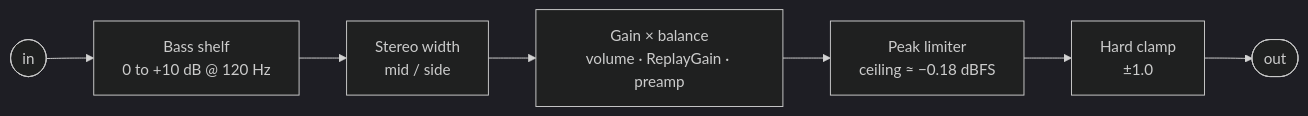
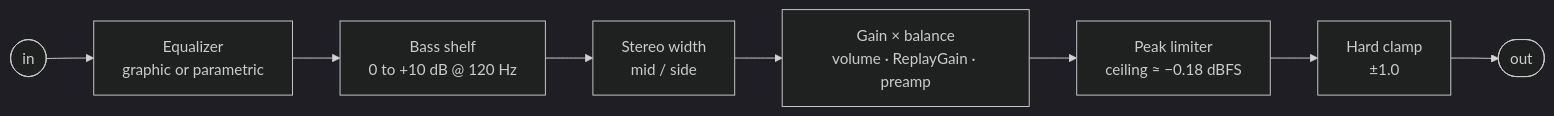
One commit to aravindrejidev/Resonix changed the second of 5 diagrams in README.md. Above: the diagram before and after it, drawn with Mermaid (dark theme). The commit also changed other lines of this file and 27 other files, not shown here.

````diff
--- a/README.md
+++ b/README.md
@@ -169,9 +170,10 @@
 ```mermaid
 flowchart LR
-    I(["in"]) --> B["Bass shelf<br/>0 to +10 dB @ 120 Hz"]
+    I(["in"]) --> E["Equalizer<br/>graphic or parametric"]
+    E --> B["Bass shelf<br/>0 to +10 dB @ 120 Hz"]
     B --> W["Stereo width<br/>mid / side"]
     W --> G["Gain × balance<br/>volume · ReplayGain · preamp"]
     G --> L["Peak limiter<br/>ceiling ≈ −0.18 dBFS"]
     L --> C["Hard clamp<br/>±1.0"]
     C --> O(["out"])
 ```
````
